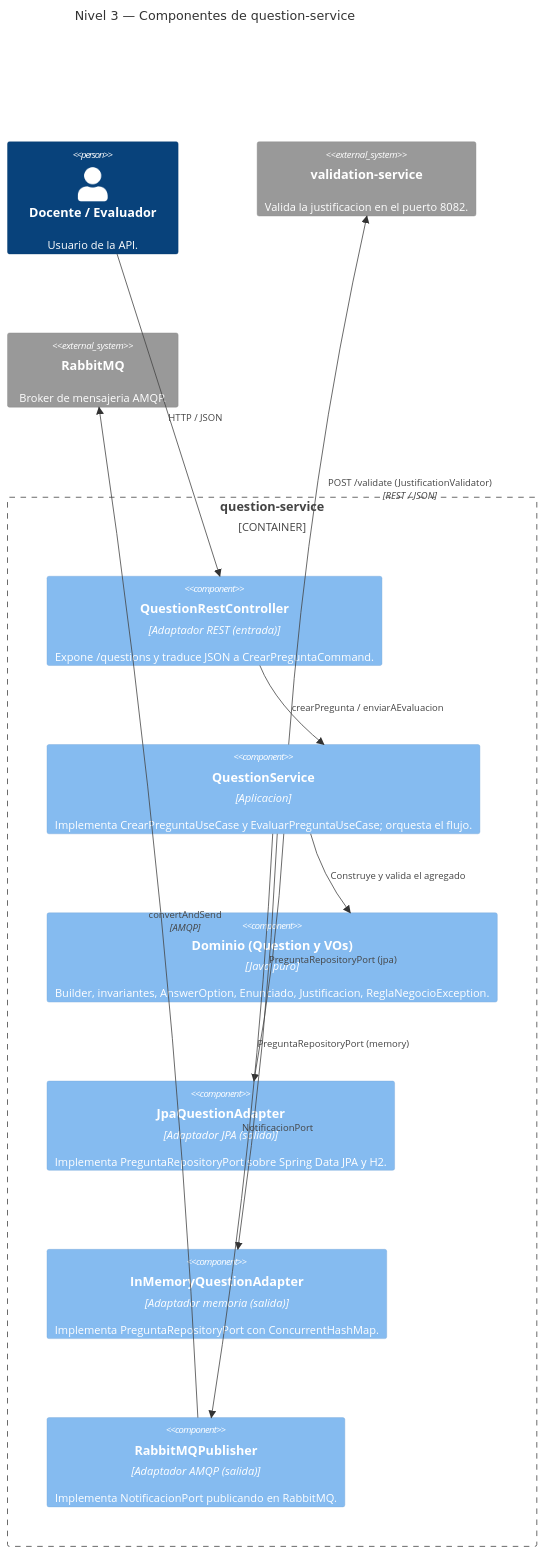
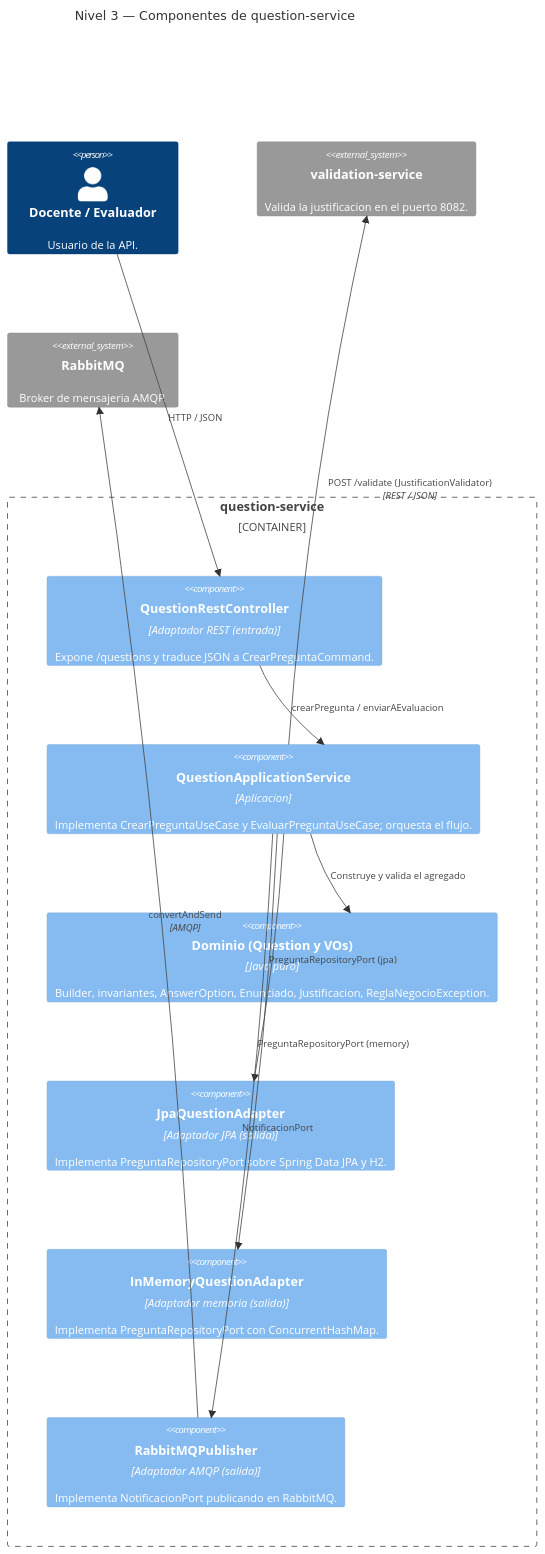
Before and after one commit to santyxswc/Lab_ing_softwareII: the third of 4 diagrams in saberpro-microservicios/docs/INFORME_TECNICO.md, drawn with Mermaid. The commit also changed other lines of this file and 3 other files, not shown here.

````diff
--- a/saberpro-microservicios/docs/INFORME_TECNICO.md
+++ b/saberpro-microservicios/docs/INFORME_TECNICO.md
@@ -177,26 +206,26 @@
 ```mermaid
 C4Component
     title Nivel 3 — Componentes de question-service
 
     Person(docente, "Docente / Evaluador", "Usuario de la API.")
     System_Ext(v, "validation-service", "Valida la justificacion en el puerto 8082.")
     System_Ext(rmq, "RabbitMQ", "Broker de mensajeria AMQP.")
 
     Container_Boundary(q, "question-service") {
         Component(rest, "QuestionRestController", "Adaptador REST (entrada)", "Expone /questions y traduce JSON a CrearPreguntaCommand.")
-        Component(svc, "QuestionService", "Aplicacion", "Implementa CrearPreguntaUseCase y EvaluarPreguntaUseCase; orquesta el flujo.")
+        Component(svc, "QuestionApplicationService", "Aplicacion", "Implementa CrearPreguntaUseCase y EvaluarPreguntaUseCase; orquesta el flujo.")
         Component(dom, "Dominio (Question y VOs)", "Java puro", "Builder, invariantes, AnswerOption, Enunciado, Justificacion, ReglaNegocioException.")
         Component(jpa, "JpaQuestionAdapter", "Adaptador JPA (salida)", "Implementa PreguntaRepositoryPort sobre Spring Data JPA y H2.")
         Component(mem, "InMemoryQuestionAdapter", "Adaptador memoria (salida)", "Implementa PreguntaRepositoryPort con ConcurrentHashMap.")
         Component(pub, "RabbitMQPublisher", "Adaptador AMQP (salida)", "Implementa NotificacionPort publicando en RabbitMQ.")
     }
 
     Rel(docente, rest, "HTTP / JSON")
     Rel(rest, svc, "crearPregunta / enviarAEvaluacion")
     Rel(svc, dom, "Construye y valida el agregado")
     Rel(svc, jpa, "PreguntaRepositoryPort (jpa)")
     Rel(svc, mem, "PreguntaRepositoryPort (memory)")
     Rel(svc, pub, "NotificacionPort")
     Rel(svc, v, "POST /validate (JustificationValidator)", "REST / JSON")
     Rel(pub, rmq, "convertAndSend", "AMQP")
 ```
````
